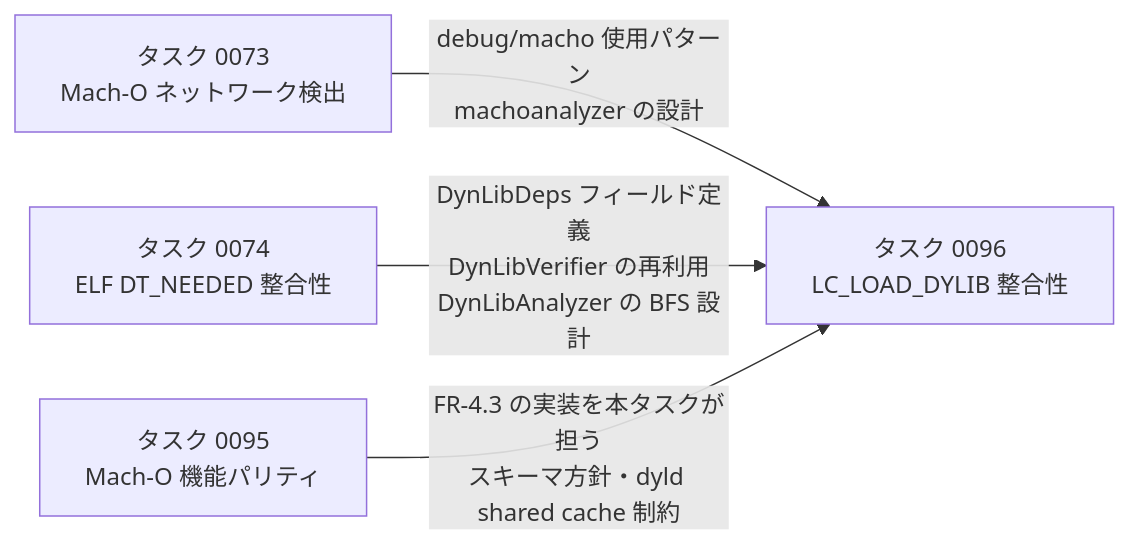
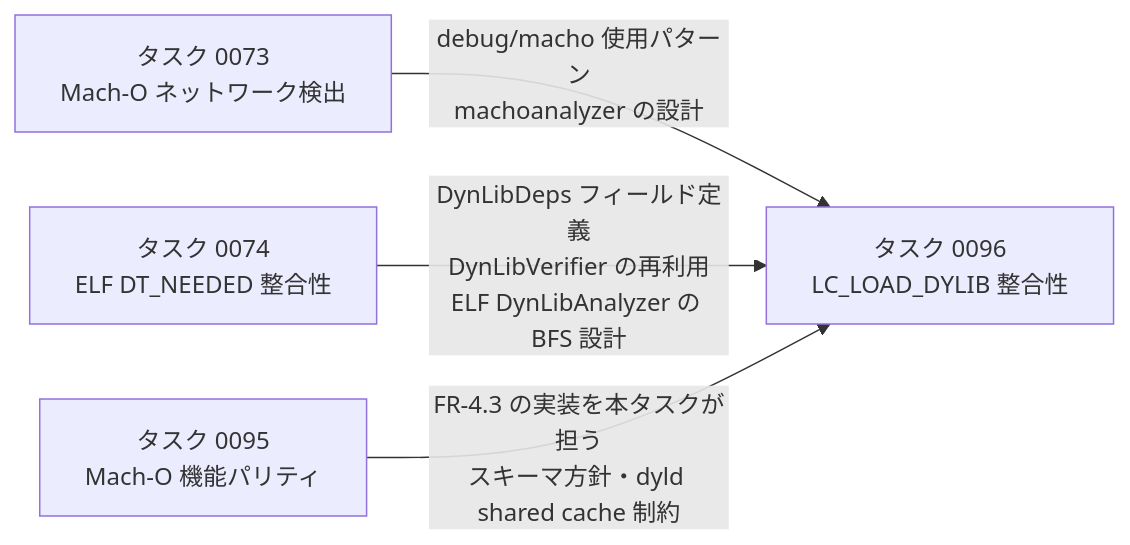
The ninth of 9 diagrams in docs/tasks/0096_macho_lc_load_dylib_integrity/02_architecture.md (isseis/go-safe-cmd-runner), drawn with Mermaid before and after one commit. The commit also changed other lines of this file, not shown here.

First line of the commit message:
docs: clarify Mach-O architecture design principles and naming conventions

````diff
--- a/docs/tasks/0096_macho_lc_load_dylib_integrity/02_architecture.md
+++ b/docs/tasks/0096_macho_lc_load_dylib_integrity/02_architecture.md
@@ -936,11 +953,11 @@
 ```mermaid
 flowchart LR
     T0073["タスク 0073<br/>Mach-O ネットワーク検出"]
     T0074["タスク 0074<br/>ELF DT_NEEDED 整合性"]
     T0095["タスク 0095<br/>Mach-O 機能パリティ"]
     T0096["タスク 0096<br/>LC_LOAD_DYLIB 整合性"]
 
     T0073 -->|"debug/macho 使用パターン<br/>machoanalyzer の設計"| T0096
-    T0074 -->|"DynLibDeps フィールド定義<br/>DynLibVerifier の再利用<br/>DynLibAnalyzer の BFS 設計"| T0096
+    T0074 -->|"DynLibDeps フィールド定義<br/>DynLibVerifier の再利用<br/>ELF DynLibAnalyzer の BFS 設計"| T0096
     T0095 -->|"FR-4.3 の実装を本タスクが担う<br/>スキーマ方針・dyld shared cache 制約"| T0096
 ```
````
